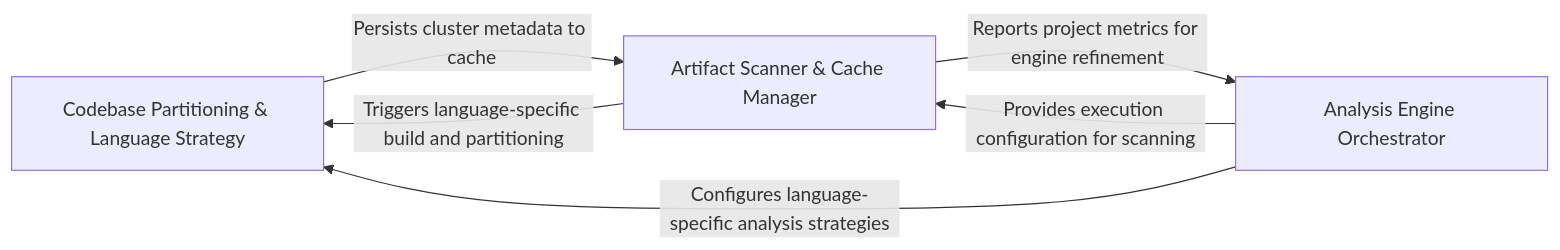
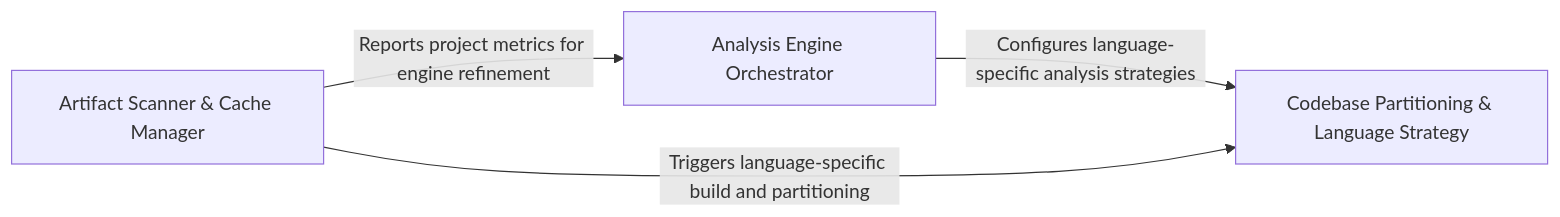
One commit to CodeBoarding/CodeBoarding changed the diagram in .codeboarding/Analysis_Orchestrator_Partitioning_Engine.md. Above: the diagram before and after it, drawn with Mermaid. The commit also changed other lines of this file and 23 other files, not shown here.

Commit message:
chore(codeboarding): sync architecture baseline

````diff
--- a/.codeboarding/Analysis_Orchestrator_Partitioning_Engine.md
+++ b/.codeboarding/Analysis_Orchestrator_Partitioning_Engine.md
@@ -1,11 +1,9 @@
 ```mermaid
 graph LR
     Codebase_Partitioning_Language_Strategy["Codebase Partitioning & Language Strategy"]
     Analysis_Engine_Orchestrator["Analysis Engine Orchestrator"]
     Artifact_Scanner_Cache_Manager["Artifact Scanner & Cache Manager"]
-    Codebase_Partitioning_Language_Strategy -- "Persists cluster metadata to cache" --> Artifact_Scanner_Cache_Manager
     Analysis_Engine_Orchestrator -- "Configures language-specific analysis strategies" --> Codebase_Partitioning_Language_Strategy
-    Analysis_Engine_Orchestrator -- "Provides execution configuration for scanning" --> Artifact_Scanner_Cache_Manager
     Artifact_Scanner_Cache_Manager -- "Triggers language-specific build and partitioning" --> Codebase_Partitioning_Language_Strategy
     Artifact_Scanner_Cache_Manager -- "Reports project metrics for engine refinement" --> Analysis_Engine_Orchestrator
 ```
````
